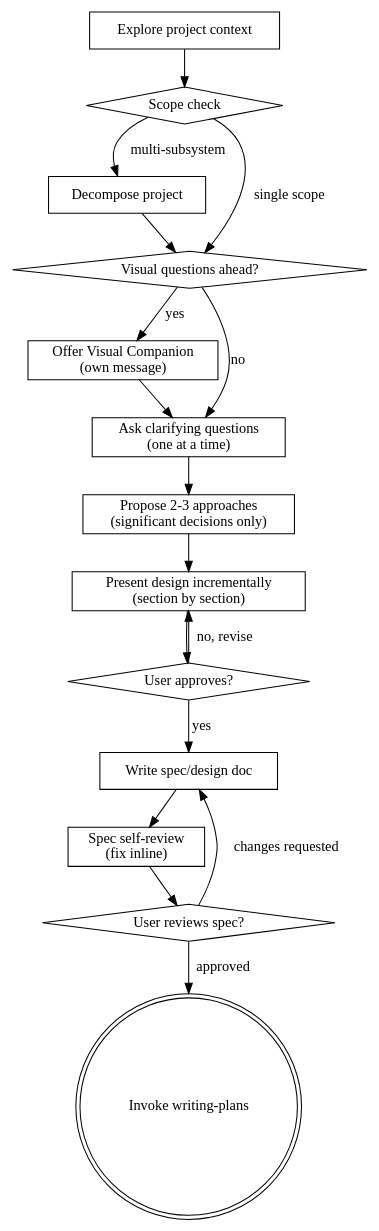
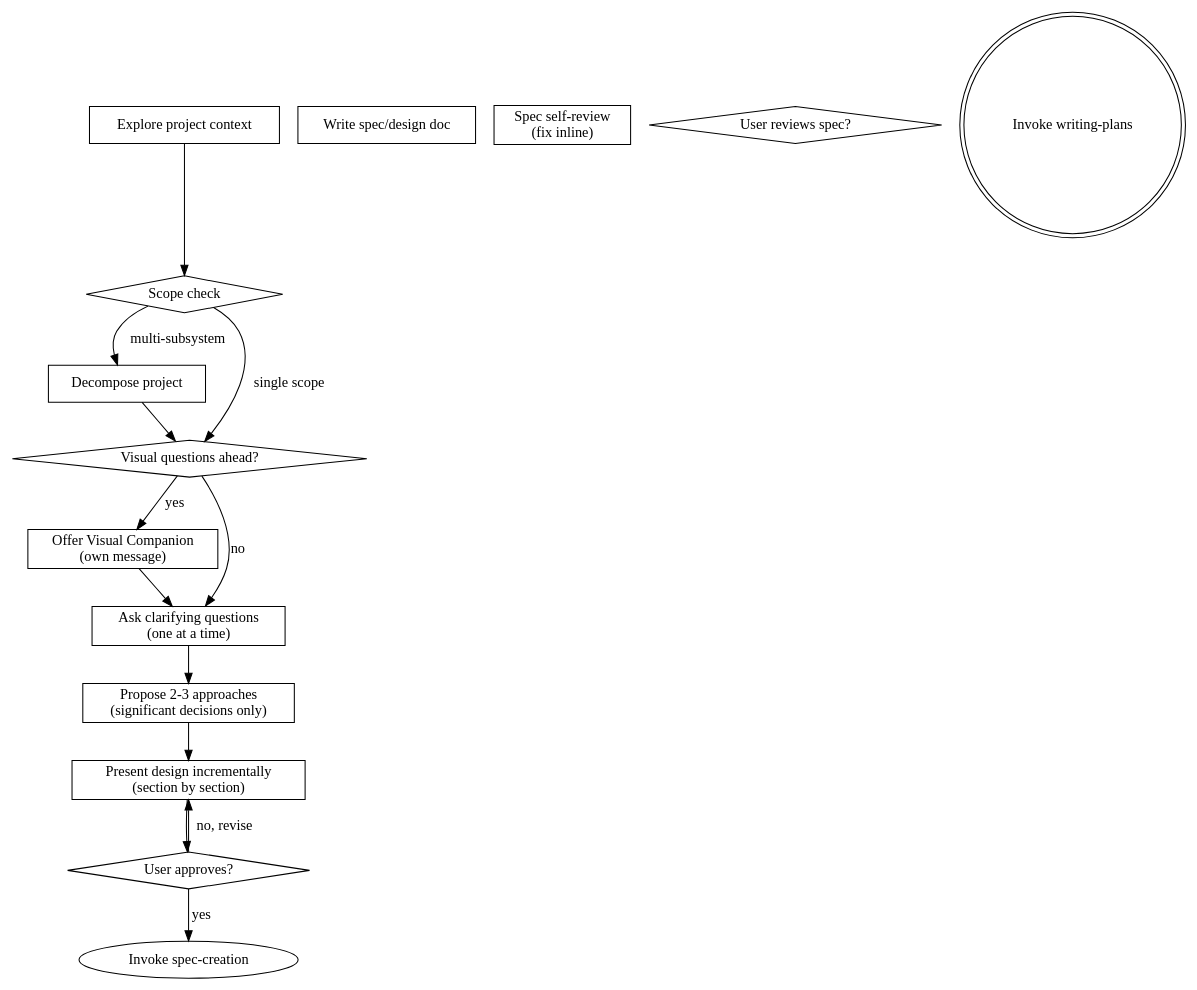
One commit to michael-conrad/.opencode changed the diagram in skills/brainstorming/SKILL.md. Above: the diagram before and after it, drawn with Graphviz. The commit also changed other lines of this file and 18 other files, not shown here.

````diff
--- a/skills/brainstorming/SKILL.md
+++ b/skills/brainstorming/SKILL.md
@@ -51,34 +50,30 @@
 ```dot
 digraph brainstorming {
     "Explore project context" [shape=box];
     "Scope check" [shape=diamond];
     "Decompose project" [shape=box];
     "Visual questions ahead?" [shape=diamond];
     "Offer Visual Companion\n(own message)" [shape=box];
     "Ask clarifying questions\n(one at a time)" [shape=box];
     "Propose 2-3 approaches\n(significant decisions only)" [shape=box];
     "Present design incrementally\n(section by section)" [shape=box];
     "User approves?" [shape=diamond];
     "Write spec/design doc" [shape=box];
     "Spec self-review\n(fix inline)" [shape=box];
     "User reviews spec?" [shape=diamond];
     "Invoke writing-plans" [shape=doublecircle];
 
     "Explore project context" -> "Scope check";
     "Scope check" -> "Decompose project" [label="multi-subsystem"];
     "Scope check" -> "Visual questions ahead?" [label="single scope"];
     "Decompose project" -> "Visual questions ahead?";
     "Visual questions ahead?" -> "Offer Visual Companion\n(own message)" [label="yes"];
     "Visual questions ahead?" -> "Ask clarifying questions\n(one at a time)" [label="no"];
     "Offer Visual Companion\n(own message)" -> "Ask clarifying questions\n(one at a time)";
     "Ask clarifying questions\n(one at a time)" -> "Propose 2-3 approaches\n(significant decisions only)";
     "Propose 2-3 approaches\n(significant decisions only)" -> "Present design incrementally\n(section by section)";
     "Present design incrementally\n(section by section)" -> "User approves?";
     "User approves?" -> "Present design incrementally\n(section by section)" [label="no, revise"];
-    "User approves?" -> "Write spec/design doc" [label="yes"];
-    "Write spec/design doc" -> "Spec self-review\n(fix inline)";
-    "Spec self-review\n(fix inline)" -> "User reviews spec?";
-    "User reviews spec?" -> "Write spec/design doc" [label="changes requested"];
-    "User reviews spec?" -> "Invoke writing-plans" [label="approved"];
+    "User approves?" -> "Invoke spec-creation" [label="yes"];
 }
 ```
````
